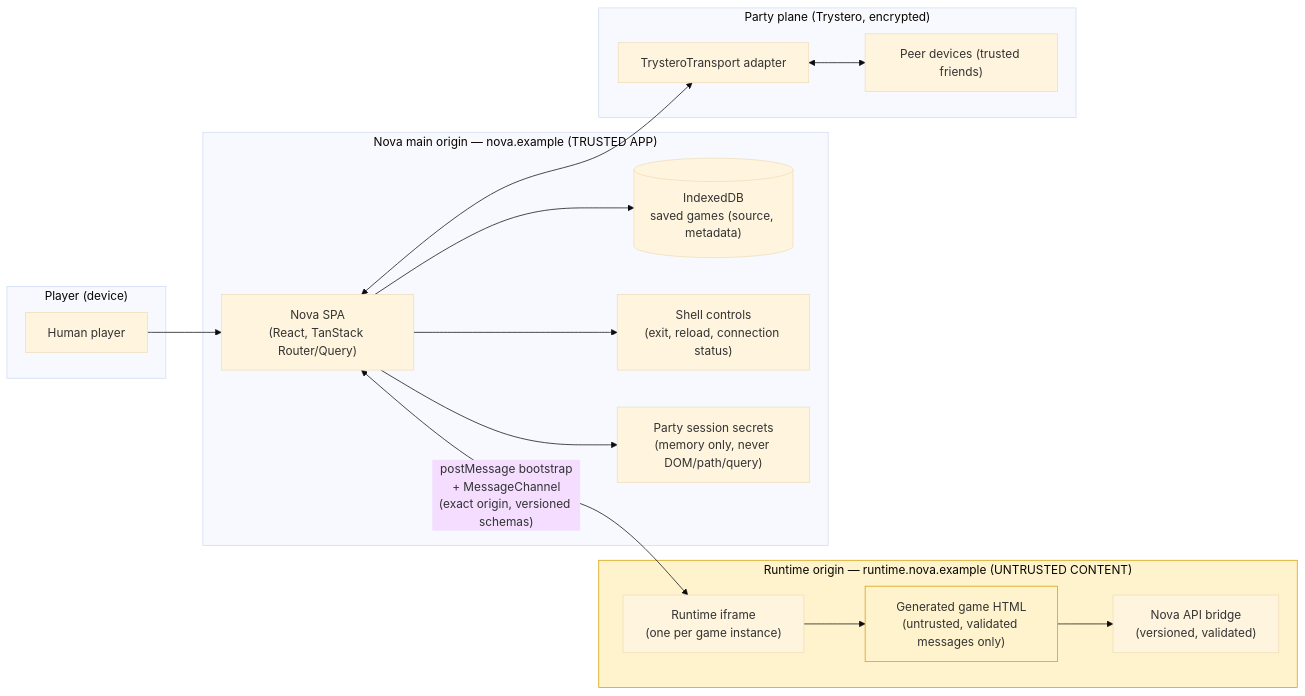
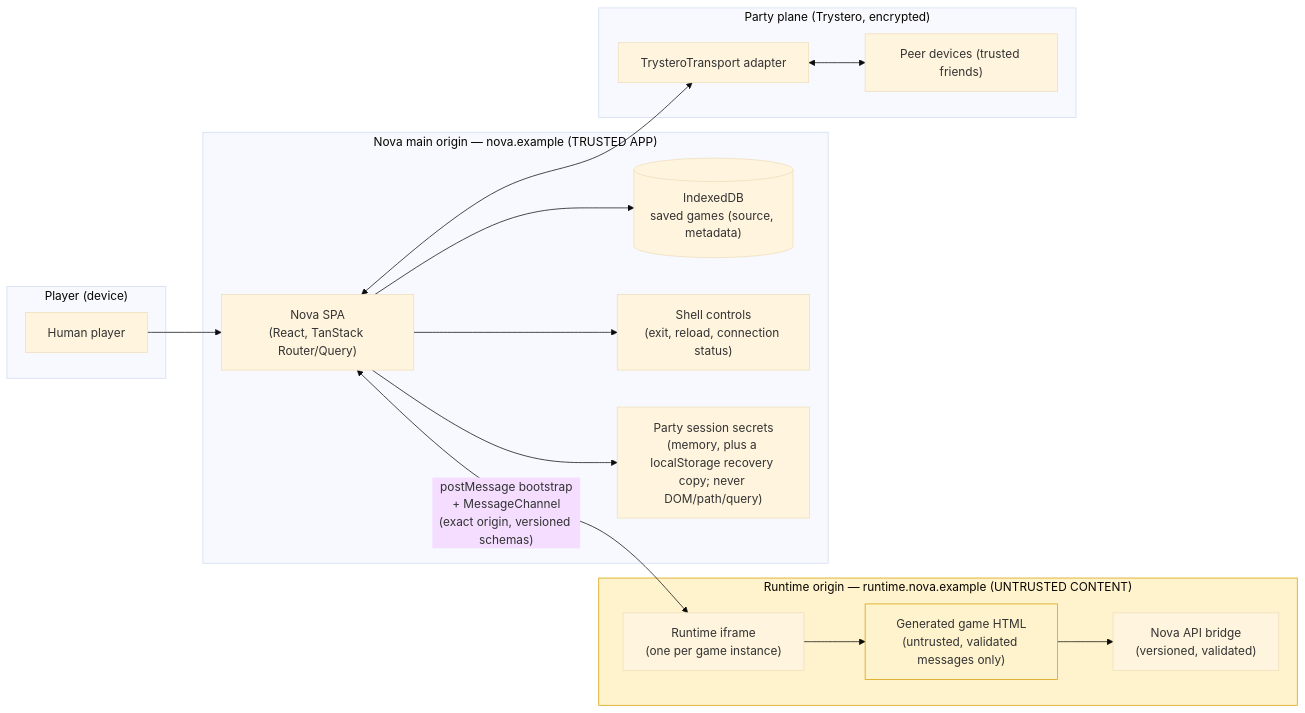
The diagram in docs/architecture/threat-model.md (tannerkrewson/rocketcrab), drawn with Mermaid (base theme) before and after one commit. The commit also changed other lines of this file, not shown here.

First line of the commit message:
docs(security): state the current secret storage, relay and identity limits

````diff
--- a/docs/architecture/threat-model.md
+++ b/docs/architecture/threat-model.md
@@ -12,37 +12,37 @@
 ```mermaid
 flowchart LR
     subgraph User["Player (device)"]
         U["Human player"]
     end
 
     subgraph Main["Nova main origin — nova.example (TRUSTED APP)"]
         App["Nova SPA<br/>(React, TanStack Router/Query)"]
         IDB[("IndexedDB<br/>saved games (source, metadata)")]
         Shell["Shell controls<br/>(exit, reload, connection status)"]
-        Secrets["Party session secrets<br/>(memory only, never DOM/path/query)"]
+        Secrets["Party session secrets<br/>(memory, plus a localStorage recovery copy; never DOM/path/query)"]
     end
 
     subgraph Rt["Runtime origin — runtime.nova.example (UNTRUSTED CONTENT)"]
         Frame["Runtime iframe<br/>(one per game instance)"]
         Game["Generated game HTML<br/>(untrusted, validated messages only)"]
         NAPI["Nova API bridge<br/>(versioned, validated)"]
     end
 
     subgraph Party["Party plane (Trystero, encrypted)"]
         Adapter["TrysteroTransport adapter"]
         Peers["Peer devices (trusted friends)"]
     end
 
     U --> App
     App --> IDB
     App --> Shell
     App --> Secrets
     App <-->|"postMessage bootstrap<br/>+ MessageChannel<br/>(exact origin, versioned schemas)"| Frame
     Frame --> Game
     Game --> NAPI
     App <--> Adapter
     Adapter <--> Peers
 
     style Rt fill:#fff3cd,stroke:#d69e00
     style Game fill:#fff3cd,stroke:#d69e00
 ```
````
